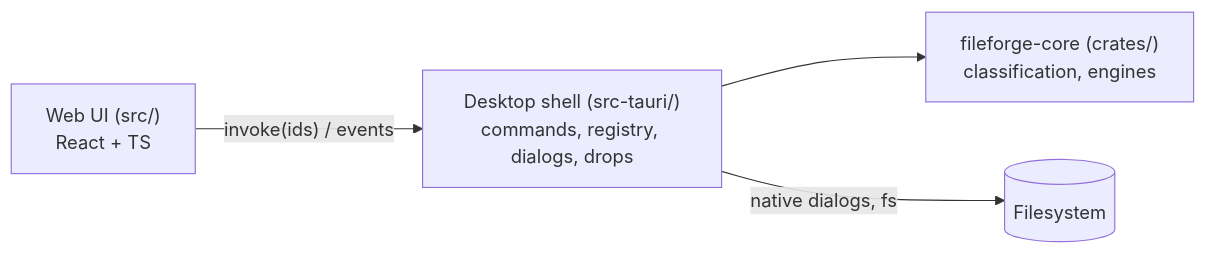
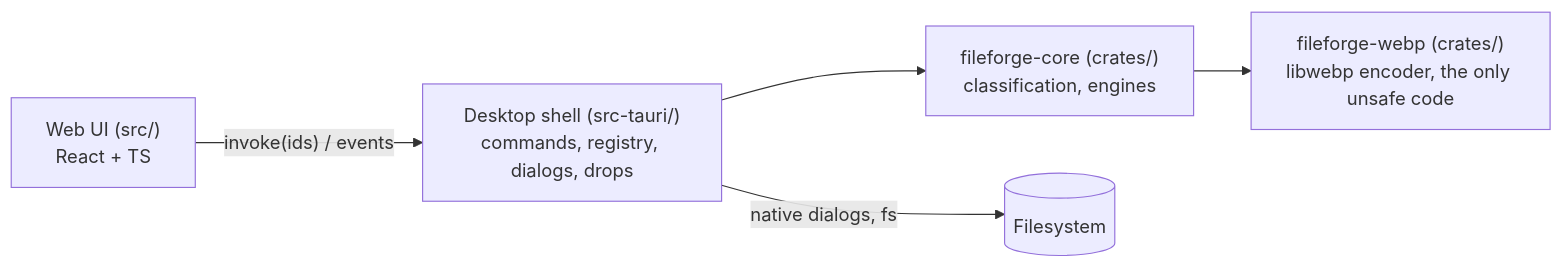
One commit to chepio-tech/file-forge changed the diagram in docs/architecture/components.md. Above: the diagram before and after it, drawn with Mermaid. The commit also changed other lines of this file and 29 other files, not shown here.

````diff
--- a/docs/architecture/components.md
+++ b/docs/architecture/components.md
@@ -3,6 +3,7 @@
 ```mermaid
 flowchart LR
   UI["Web UI (src/)<br/>React + TS"] -- "invoke(ids) / events" --> Shell["Desktop shell (src-tauri/)<br/>commands, registry, dialogs, drops"]
   Shell --> Core["fileforge-core (crates/)<br/>classification, engines"]
+  Core --> Webp["fileforge-webp (crates/)<br/>libwebp encoder, the only unsafe code"]
   Shell -- "native dialogs, fs" --> OS[(Filesystem)]
 ```
````
